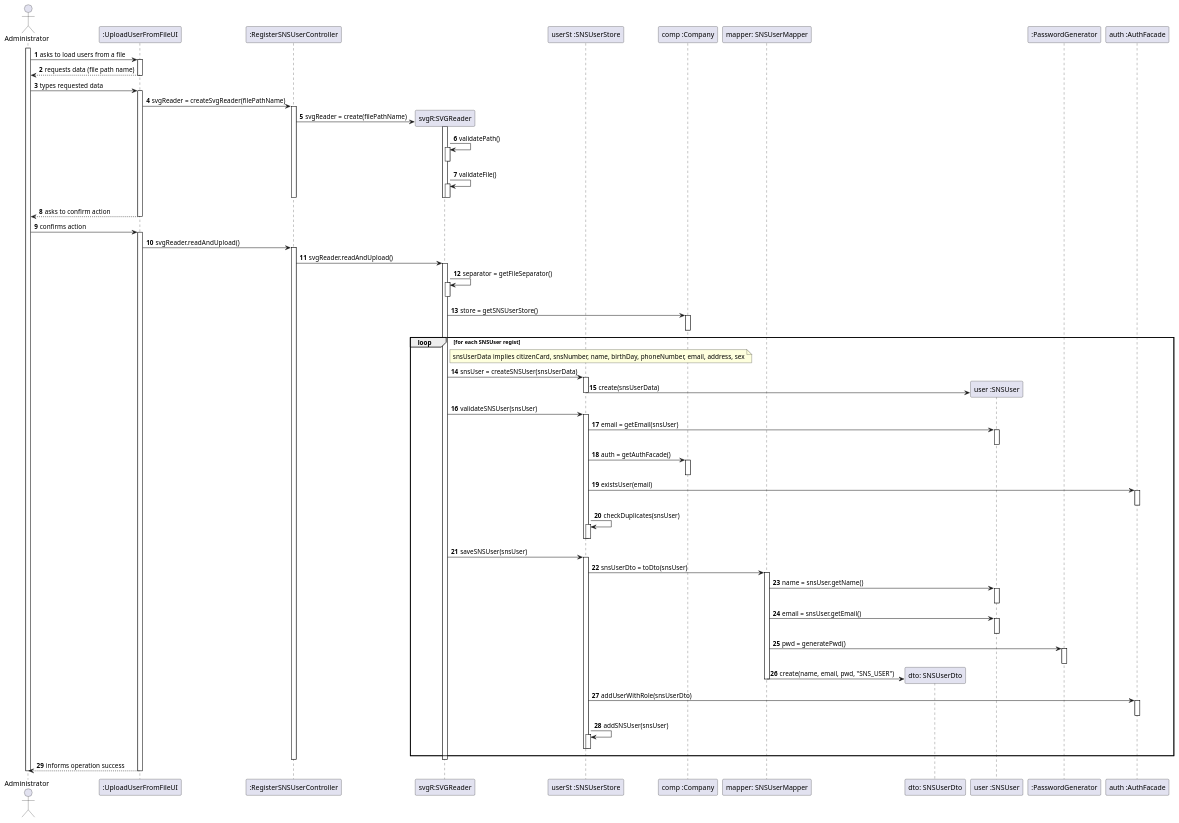
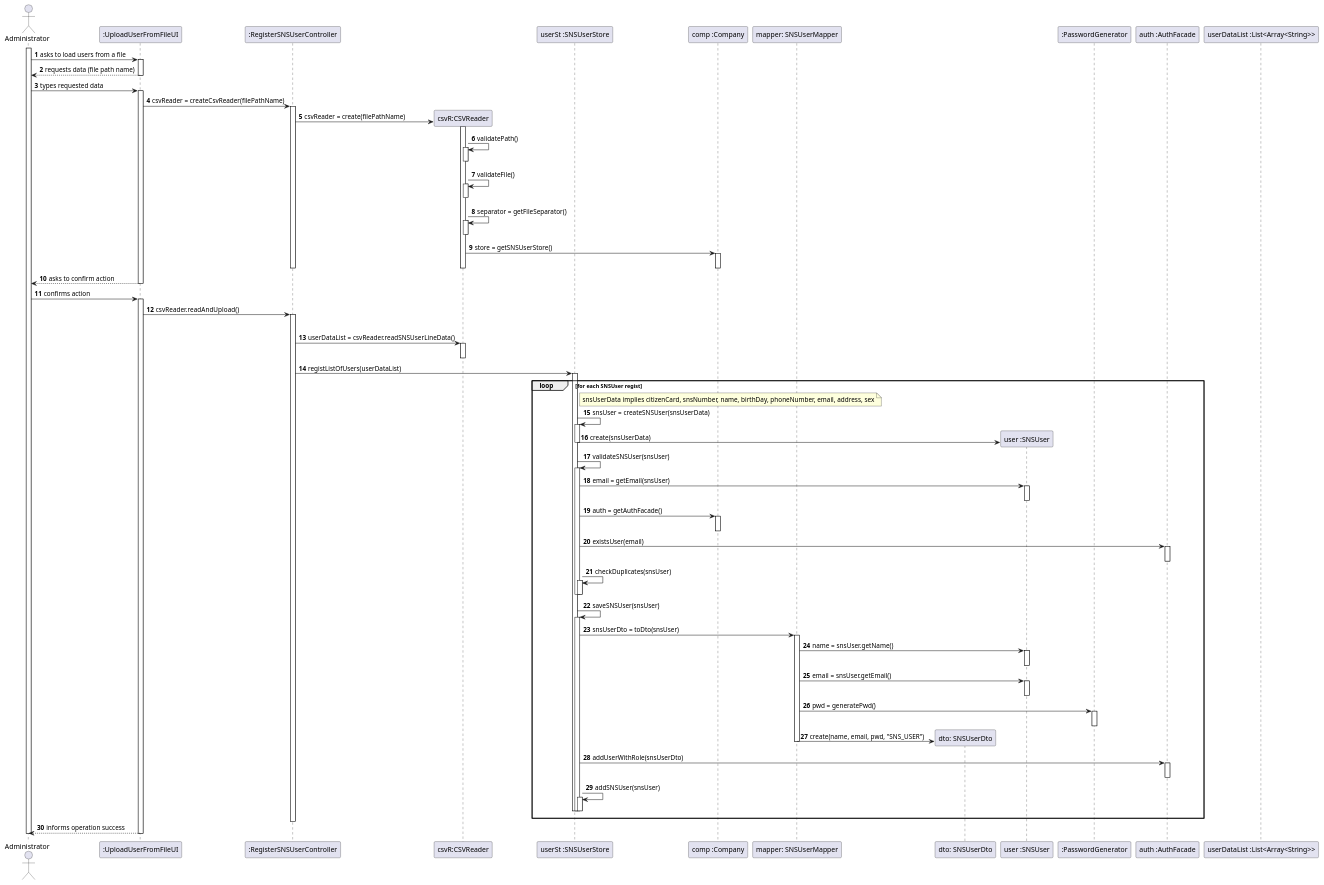
Before and after one commit to miseEnPlace-i/lapr2: the diagram in docs/SprintC/US14/SD/US14_SD.puml, drawn with PlantUML. The commit also changed 2 other files, not shown here.

```diff
--- a/docs/SprintC/US14/SD/US14_SD.puml
+++ b/docs/SprintC/US14/SD/US14_SD.puml
@@ -1,130 +1,137 @@
 @startuml
 autonumber
 'hide footbox
 actor "Administrator" as ADM
 
 participant ":UploadUserFromFileUI" as UI
 participant ":RegisterSNSUserController" as CTRL
-participant "svgR:SVGReader" as SVGR
+participant "csvR:CSVReader" as CSVR
 participant "userSt :SNSUserStore" as USR_STR
 participant "comp :Company" as COMP
 participant "mapper: SNSUserMapper" as MAPPER
 participant "dto: SNSUserDto" as DTO
 participant "user :SNSUser" as USR
 participant ":PasswordGenerator" as PWDGEN
 participant "auth :AuthFacade" as AUTH
+participant "userDataList :List<Array<String>>" as LIST
 
 
 activate ADM
 ADM -> UI : asks to load users from a file
 activate UI
 UI --> ADM : requests data (file path name)
 deactivate UI
 
 ADM -> UI : types requested data
 activate UI
 
-    UI -> CTRL : svgReader = createSvgReader(filePathName)
+    UI -> CTRL : csvReader = createCsvReader(filePathName)
     activate CTRL
-        CTRL -> SVGR ** : svgReader = create(filePathName)
-        activate SVGR
-            SVGR -> SVGR : validatePath()
-            activate SVGR
-            deactivate SVGR
-            SVGR -> SVGR : validateFile()
-            activate SVGR
-            deactivate SVGR 
-        deactivate SVGR
+        CTRL -> CSVR ** : csvReader = create(filePathName)
+        activate CSVR
+
+            CSVR -> CSVR : validatePath()
+            activate CSVR
+            deactivate CSVR
+
+            CSVR -> CSVR : validateFile()
+            activate CSVR
+            deactivate CSVR 
+
+            CSVR -> CSVR : separator = getFileSeparator()
+            activate CSVR
+            deactivate CSVR
+            
+            CSVR -> COMP : store = getSNSUserStore()
+            activate COMP
+            deactivate COMP
+
+        deactivate CSVR
     deactivate CTRL
 
 UI --> ADM : asks to confirm action
 deactivate UI
 
 ADM -> UI : confirms action
 activate UI
 
-    UI -> CTRL : svgReader.readAndUpload()
+    UI -> CTRL : csvReader.readAndUpload()
     activate CTRL
-        CTRL -> SVGR : svgReader.readAndUpload()
-        activate SVGR
-            SVGR -> SVGR : separator = getFileSeparator()
-            activate SVGR
-            deactivate SVGR
+        loop for each SNSUser regist
+        CTRL -> CSVR : userDataList = csvReader.readSNSUserLineData()
+        activate CSVR
             
-            SVGR -> COMP : store = getSNSUserStore()
-            activate COMP
-            deactivate COMP
+        deactivate CSVR
+        CTRL -> USR_STR : registListOfUsers(userDataList)
+        activate USR_STR
 
-            loop for each SNSUser regist
-            
-                note right of SVGR
-                snsUserData implies citizenCard, snsNumber, name, birthDay, phoneNumber, email, address, sex
-                end note
+        loop for each SNSUser regist
+        note right of USR_STR
+            snsUserData implies citizenCard, snsNumber, name, birthDay, phoneNumber, email, address, sex
+        end note
+        USR_STR -> USR_STR : snsUser = createSNSUser(snsUserData)
+            activate USR_STR
+                USR_STR -> USR** : create(snsUserData)
+            deactivate USR_STR
 
-                SVGR -> USR_STR : snsUser = createSNSUser(snsUserData)
+            USR_STR -> USR_STR : validateSNSUser(snsUser)
+            activate USR_STR
+                USR_STR -> USR : email = getEmail(snsUser)
+                activate USR
+                deactivate USR
+
+                USR_STR -> COMP : auth = getAuthFacade()
+                activate COMP
+                deactivate COMP
+
+                USR_STR -> AUTH : existsUser(email)
+                activate AUTH
+                deactivate AUTH
+
+                USR_STR -> USR_STR : checkDuplicates(snsUser)
                 activate USR_STR
-                    USR_STR -> USR** : create(snsUserData)
-                deactivate USR_STR
+            deactivate USR_STR
 
-                SVGR -> USR_STR : validateSNSUser(snsUser)
-                activate USR_STR
-                    USR_STR -> USR : email = getEmail(snsUser)
+            deactivate USR_STR
+
+            USR_STR -> USR_STR : saveSNSUser(snsUser)
+            activate USR_STR
+
+                USR_STR -> MAPPER : snsUserDto = toDto(snsUser)
+                activate MAPPER
+
+                    MAPPER -> USR : name = snsUser.getName()
                     activate USR
                     deactivate USR
 
-                    USR_STR -> COMP : auth = getAuthFacade()
-                    activate COMP
-                    deactivate COMP
+                    MAPPER -> USR : email = snsUser.getEmail()
+                    activate USR
+                    deactivate USR
 
-                    USR_STR -> AUTH : existsUser(email)
-                    activate AUTH
-                    deactivate AUTH
+                    MAPPER -> PWDGEN : pwd = generatePwd()
+                    activate PWDGEN
+                    deactivate PWDGEN
 
-                    USR_STR -> USR_STR : checkDuplicates(snsUser)
-                    activate USR_STR
-                    deactivate USR_STR
+                    MAPPER -> DTO ** : create(name, email, pwd, "SNS_USER")
 
-                deactivate USR_STR
+                deactivate MAPPER
 
-                SVGR -> USR_STR : saveSNSUser(snsUser)
-                activate USR_STR
+            USR_STR -> AUTH : addUserWithRole(snsUserDto)
+            activate AUTH
+            deactivate AUTH
 
-                    USR_STR -> MAPPER : snsUserDto = toDto(snsUser)
-                    activate MAPPER
+            USR_STR -> USR_STR : addSNSUser(snsUser)
+            activate USR_STR
+            deactivate USR_STR
 
-                        MAPPER -> USR : name = snsUser.getName()
-                        activate USR
-                        deactivate USR
-
-                        MAPPER -> USR : email = snsUser.getEmail()
-                        activate USR
-                        deactivate USR
-
-                        MAPPER -> PWDGEN : pwd = generatePwd()
-                        activate PWDGEN
-                        deactivate PWDGEN
-
-                        MAPPER -> DTO ** : create(name, email, pwd, "SNS_USER")
-
-                    deactivate MAPPER
-
-                    USR_STR -> AUTH : addUserWithRole(snsUserDto)
-                    activate AUTH
-                    deactivate AUTH
-
-                    USR_STR -> USR_STR : addSNSUser(snsUser)
-                    activate USR_STR
-                    deactivate USR_STR
-
-                deactivate USR_STR
-
-            end
-        deactivate SVGR
+        deactivate USR_STR
+        deactivate USR_STR
+        end
     deactivate CTRL
 
 UI --> ADM : informs operation success
 deactivate UI
 
 deactivate ADM
 
 @enduml
```
